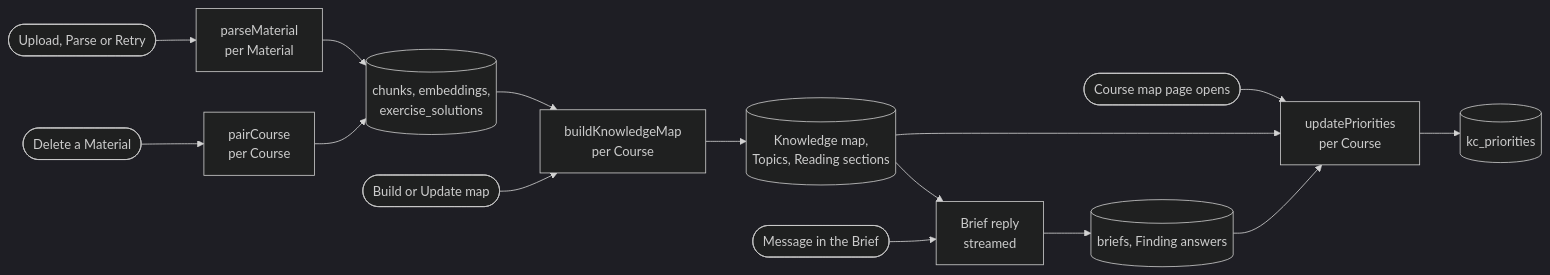
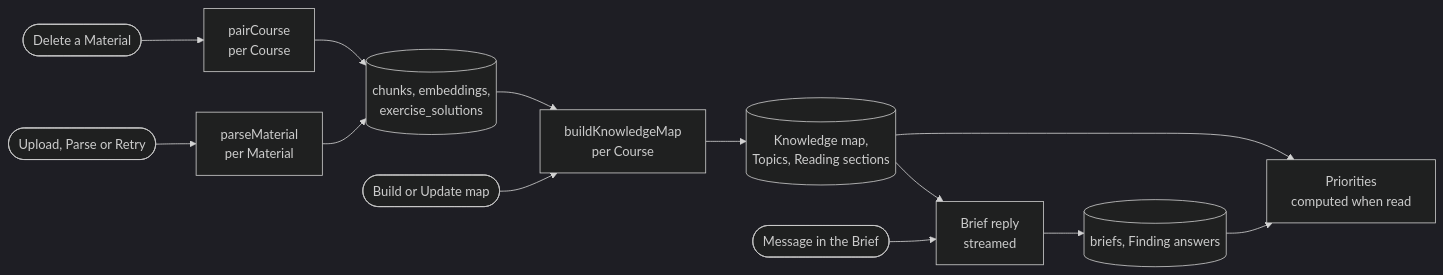
Before and after one commit to 69420pm/project-mastery: the diagram in docs/features/knowledge-map-pipeline.md, drawn with Mermaid (dark theme). The commit also changed other lines of this file and 51 other files, not shown here.

First line of the commit message:
feat!: compute Priority when read and remove the priority runs

````diff
--- a/docs/features/knowledge-map-pipeline.md
+++ b/docs/features/knowledge-map-pipeline.md
@@ -7,17 +7,15 @@
 ```mermaid
 flowchart LR
   upload([Upload, Parse or Retry]) --> parse[parseMaterial<br/>per Material]
   delete([Delete a Material]) --> pair[pairCourse<br/>per Course]
   parse --> chunks[(chunks, embeddings,<br/>exercise_solutions)]
   pair --> chunks
   press([Build or Update map]) --> build[buildKnowledgeMap<br/>per Course]
   chunks --> build
   build --> map[(Knowledge map,<br/>Topics, Reading sections)]
-  open([Course map page opens]) --> prio[updatePriorities<br/>per Course]
-  map --> prio
   brief([Message in the Brief]) --> reply[Brief reply<br/>streamed]
   reply --> briefRows[(briefs, Finding answers)]
+  map --> reply
+  map --> prio[Priorities<br/>computed when read]
   briefRows --> prio
-  map --> reply
-  prio --> priorities[(kc_priorities)]
 ```
````
